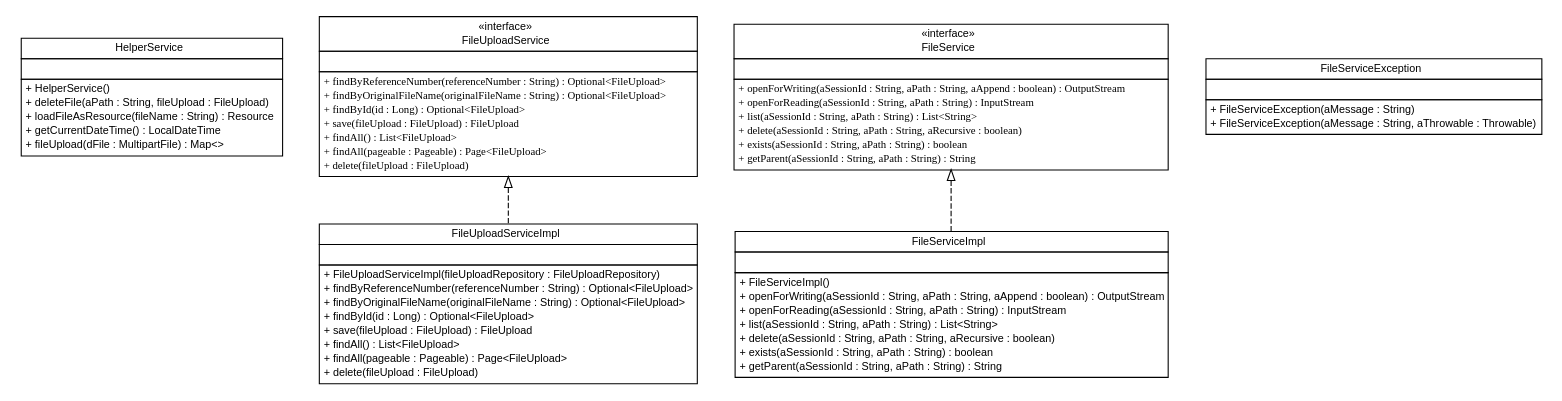
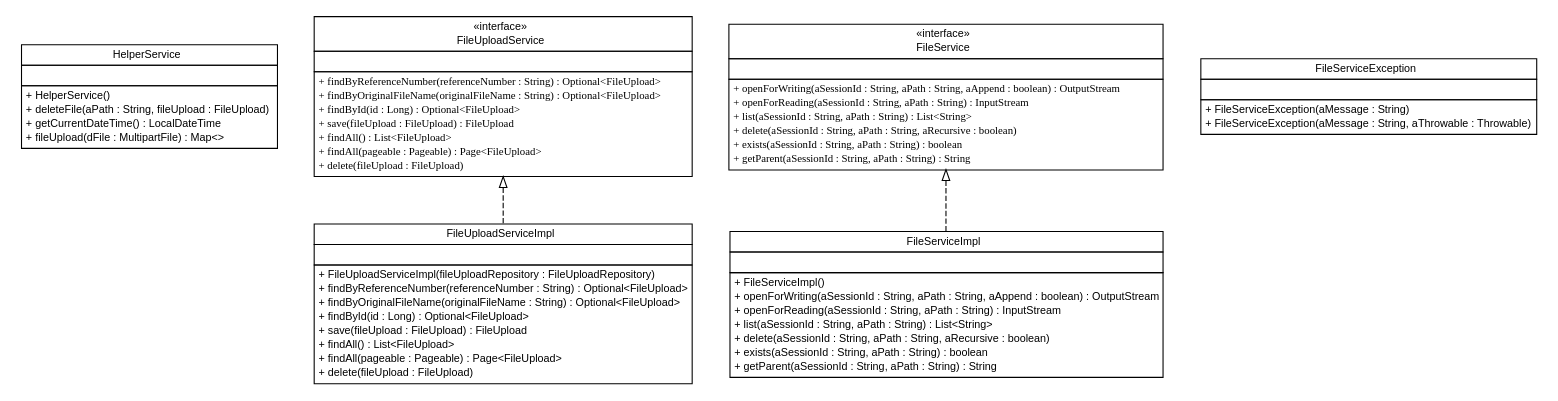
The diagram in spring-fileservice-demo-project/server/target/apidocs/de/exb/platform/cloud/fileservice/service/de.exb.platform.cloud.fileservice.service.dot (kunleawotunbo/exb_fileservice), drawn with Graphviz before and after one commit. The commit also changed 109 other files, not shown here.

```diff
--- a/spring-fileservice-demo-project/server/target/apidocs/de/exb/platform/cloud/fileservice/service/de.exb.platform.cloud.fileservice.service.dot
+++ b/spring-fileservice-demo-project/server/target/apidocs/de/exb/platform/cloud/fileservice/service/de.exb.platform.cloud.fileservice.service.dot
@@ -1,119 +1,118 @@
 #!/usr/local/bin/dot
 #
 # Class diagram 
 # Generated by UMLGraph version R5_6 (http://www.umlgraph.org/)
 #
 
 digraph G {
 	edge [fontname="arial",fontsize=10,labelfontname="arial",labelfontsize=10];
 	node [fontname="arial",fontsize=10,shape=plaintext];
 	nodesep=0.25;
 	ranksep=0.5;
 	// de.exb.platform.cloud.fileservice.service.HelperService
-	c122 [label=<<table title="de.exb.platform.cloud.fileservice.service.HelperService" border="0" cellborder="1" cellspacing="0" cellpadding="2" port="p" href="./HelperService.html">
+	c114 [label=<<table title="de.exb.platform.cloud.fileservice.service.HelperService" border="0" cellborder="1" cellspacing="0" cellpadding="2" port="p" href="./HelperService.html">
 		<tr><td><table border="0" cellspacing="0" cellpadding="1">
 <tr><td align="center" balign="center"> HelperService </td></tr>
 		</table></td></tr>
 		<tr><td><table border="0" cellspacing="0" cellpadding="1">
 <tr><td align="left" balign="left">  </td></tr>
 		</table></td></tr>
 		<tr><td><table border="0" cellspacing="0" cellpadding="1">
 <tr><td align="left" balign="left"> + HelperService() </td></tr>
 <tr><td align="left" balign="left"> + deleteFile(aPath : String, fileUpload : FileUpload) </td></tr>
-<tr><td align="left" balign="left"> + loadFileAsResource(fileName : String) : Resource </td></tr>
 <tr><td align="left" balign="left"> + getCurrentDateTime() : LocalDateTime </td></tr>
 <tr><td align="left" balign="left"> + fileUpload(dFile : MultipartFile) : Map&lt;&gt; </td></tr>
 		</table></td></tr>
 		</table>>, URL="./HelperService.html", fontname="arial", fontcolor="black", fontsize=10.0];
 	// de.exb.platform.cloud.fileservice.service.FileUploadServiceImpl
-	c123 [label=<<table title="de.exb.platform.cloud.fileservice.service.FileUploadServiceImpl" border="0" cellborder="1" cellspacing="0" cellpadding="2" port="p" href="./FileUploadServiceImpl.html">
+	c115 [label=<<table title="de.exb.platform.cloud.fileservice.service.FileUploadServiceImpl" border="0" cellborder="1" cellspacing="0" cellpadding="2" port="p" href="./FileUploadServiceImpl.html">
 		<tr><td><table border="0" cellspacing="0" cellpadding="1">
 <tr><td align="center" balign="center"> FileUploadServiceImpl </td></tr>
 		</table></td></tr>
 		<tr><td><table border="0" cellspacing="0" cellpadding="1">
 <tr><td align="left" balign="left">  </td></tr>
 		</table></td></tr>
 		<tr><td><table border="0" cellspacing="0" cellpadding="1">
 <tr><td align="left" balign="left"> + FileUploadServiceImpl(fileUploadRepository : FileUploadRepository) </td></tr>
 <tr><td align="left" balign="left"> + findByReferenceNumber(referenceNumber : String) : Optional&lt;FileUpload&gt; </td></tr>
 <tr><td align="left" balign="left"> + findByOriginalFileName(originalFileName : String) : Optional&lt;FileUpload&gt; </td></tr>
 <tr><td align="left" balign="left"> + findById(id : Long) : Optional&lt;FileUpload&gt; </td></tr>
 <tr><td align="left" balign="left"> + save(fileUpload : FileUpload) : FileUpload </td></tr>
 <tr><td align="left" balign="left"> + findAll() : List&lt;FileUpload&gt; </td></tr>
 <tr><td align="left" balign="left"> + findAll(pageable : Pageable) : Page&lt;FileUpload&gt; </td></tr>
 <tr><td align="left" balign="left"> + delete(fileUpload : FileUpload) </td></tr>
 		</table></td></tr>
 		</table>>, URL="./FileUploadServiceImpl.html", fontname="arial", fontcolor="black", fontsize=10.0];
 	// de.exb.platform.cloud.fileservice.service.FileUploadService
-	c124 [label=<<table title="de.exb.platform.cloud.fileservice.service.FileUploadService" border="0" cellborder="1" cellspacing="0" cellpadding="2" port="p" href="./FileUploadService.html">
+	c116 [label=<<table title="de.exb.platform.cloud.fileservice.service.FileUploadService" border="0" cellborder="1" cellspacing="0" cellpadding="2" port="p" href="./FileUploadService.html">
 		<tr><td><table border="0" cellspacing="0" cellpadding="1">
 <tr><td align="center" balign="center"> &#171;interface&#187; </td></tr>
 <tr><td align="center" balign="center"> FileUploadService </td></tr>
 		</table></td></tr>
 		<tr><td><table border="0" cellspacing="0" cellpadding="1">
 <tr><td align="left" balign="left">  </td></tr>
 		</table></td></tr>
 		<tr><td><table border="0" cellspacing="0" cellpadding="1">
 <tr><td align="left" balign="left"><font face="arial italic" point-size="10.0"> + findByReferenceNumber(referenceNumber : String) : Optional&lt;FileUpload&gt; </font></td></tr>
 <tr><td align="left" balign="left"><font face="arial italic" point-size="10.0"> + findByOriginalFileName(originalFileName : String) : Optional&lt;FileUpload&gt; </font></td></tr>
 <tr><td align="left" balign="left"><font face="arial italic" point-size="10.0"> + findById(id : Long) : Optional&lt;FileUpload&gt; </font></td></tr>
 <tr><td align="left" balign="left"><font face="arial italic" point-size="10.0"> + save(fileUpload : FileUpload) : FileUpload </font></td></tr>
 <tr><td align="left" balign="left"><font face="arial italic" point-size="10.0"> + findAll() : List&lt;FileUpload&gt; </font></td></tr>
 <tr><td align="left" balign="left"><font face="arial italic" point-size="10.0"> + findAll(pageable : Pageable) : Page&lt;FileUpload&gt; </font></td></tr>
 <tr><td align="left" balign="left"><font face="arial italic" point-size="10.0"> + delete(fileUpload : FileUpload) </font></td></tr>
 		</table></td></tr>
 		</table>>, URL="./FileUploadService.html", fontname="arial", fontcolor="black", fontsize=10.0];
 	// de.exb.platform.cloud.fileservice.service.FileServiceImpl
-	c125 [label=<<table title="de.exb.platform.cloud.fileservice.service.FileServiceImpl" border="0" cellborder="1" cellspacing="0" cellpadding="2" port="p" href="./FileServiceImpl.html">
+	c117 [label=<<table title="de.exb.platform.cloud.fileservice.service.FileServiceImpl" border="0" cellborder="1" cellspacing="0" cellpadding="2" port="p" href="./FileServiceImpl.html">
 		<tr><td><table border="0" cellspacing="0" cellpadding="1">
 <tr><td align="center" balign="center"> FileServiceImpl </td></tr>
 		</table></td></tr>
 		<tr><td><table border="0" cellspacing="0" cellpadding="1">
 <tr><td align="left" balign="left">  </td></tr>
 		</table></td></tr>
 		<tr><td><table border="0" cellspacing="0" cellpadding="1">
 <tr><td align="left" balign="left"> + FileServiceImpl() </td></tr>
 <tr><td align="left" balign="left"> + openForWriting(aSessionId : String, aPath : String, aAppend : boolean) : OutputStream </td></tr>
 <tr><td align="left" balign="left"> + openForReading(aSessionId : String, aPath : String) : InputStream </td></tr>
 <tr><td align="left" balign="left"> + list(aSessionId : String, aPath : String) : List&lt;String&gt; </td></tr>
 <tr><td align="left" balign="left"> + delete(aSessionId : String, aPath : String, aRecursive : boolean) </td></tr>
 <tr><td align="left" balign="left"> + exists(aSessionId : String, aPath : String) : boolean </td></tr>
 <tr><td align="left" balign="left"> + getParent(aSessionId : String, aPath : String) : String </td></tr>
 		</table></td></tr>
 		</table>>, URL="./FileServiceImpl.html", fontname="arial", fontcolor="black", fontsize=10.0];
 	// de.exb.platform.cloud.fileservice.service.FileServiceException
-	c126 [label=<<table title="de.exb.platform.cloud.fileservice.service.FileServiceException" border="0" cellborder="1" cellspacing="0" cellpadding="2" port="p" href="./FileServiceException.html">
+	c118 [label=<<table title="de.exb.platform.cloud.fileservice.service.FileServiceException" border="0" cellborder="1" cellspacing="0" cellpadding="2" port="p" href="./FileServiceException.html">
 		<tr><td><table border="0" cellspacing="0" cellpadding="1">
 <tr><td align="center" balign="center"> FileServiceException </td></tr>
 		</table></td></tr>
 		<tr><td><table border="0" cellspacing="0" cellpadding="1">
 <tr><td align="left" balign="left">  </td></tr>
 		</table></td></tr>
 		<tr><td><table border="0" cellspacing="0" cellpadding="1">
 <tr><td align="left" balign="left"> + FileServiceException(aMessage : String) </td></tr>
 <tr><td align="left" balign="left"> + FileServiceException(aMessage : String, aThrowable : Throwable) </td></tr>
 		</table></td></tr>
 		</table>>, URL="./FileServiceException.html", fontname="arial", fontcolor="black", fontsize=10.0];
 	// de.exb.platform.cloud.fileservice.service.FileService
-	c127 [label=<<table title="de.exb.platform.cloud.fileservice.service.FileService" border="0" cellborder="1" cellspacing="0" cellpadding="2" port="p" href="./FileService.html">
+	c119 [label=<<table title="de.exb.platform.cloud.fileservice.service.FileService" border="0" cellborder="1" cellspacing="0" cellpadding="2" port="p" href="./FileService.html">
 		<tr><td><table border="0" cellspacing="0" cellpadding="1">
 <tr><td align="center" balign="center"> &#171;interface&#187; </td></tr>
 <tr><td align="center" balign="center"> FileService </td></tr>
 		</table></td></tr>
 		<tr><td><table border="0" cellspacing="0" cellpadding="1">
 <tr><td align="left" balign="left">  </td></tr>
 		</table></td></tr>
 		<tr><td><table border="0" cellspacing="0" cellpadding="1">
 <tr><td align="left" balign="left"><font face="arial italic" point-size="10.0"> + openForWriting(aSessionId : String, aPath : String, aAppend : boolean) : OutputStream </font></td></tr>
 <tr><td align="left" balign="left"><font face="arial italic" point-size="10.0"> + openForReading(aSessionId : String, aPath : String) : InputStream </font></td></tr>
 <tr><td align="left" balign="left"><font face="arial italic" point-size="10.0"> + list(aSessionId : String, aPath : String) : List&lt;String&gt; </font></td></tr>
 <tr><td align="left" balign="left"><font face="arial italic" point-size="10.0"> + delete(aSessionId : String, aPath : String, aRecursive : boolean) </font></td></tr>
 <tr><td align="left" balign="left"><font face="arial italic" point-size="10.0"> + exists(aSessionId : String, aPath : String) : boolean </font></td></tr>
 <tr><td align="left" balign="left"><font face="arial italic" point-size="10.0"> + getParent(aSessionId : String, aPath : String) : String </font></td></tr>
 		</table></td></tr>
 		</table>>, URL="./FileService.html", fontname="arial", fontcolor="black", fontsize=10.0];
 	//de.exb.platform.cloud.fileservice.service.FileUploadServiceImpl implements de.exb.platform.cloud.fileservice.service.FileUploadService
-	c124:p -> c123:p [dir=back,arrowtail=empty,style=dashed];
+	c116:p -> c115:p [dir=back,arrowtail=empty,style=dashed];
 	//de.exb.platform.cloud.fileservice.service.FileServiceImpl implements de.exb.platform.cloud.fileservice.service.FileService
-	c127:p -> c125:p [dir=back,arrowtail=empty,style=dashed];
+	c119:p -> c117:p [dir=back,arrowtail=empty,style=dashed];
 }
```
